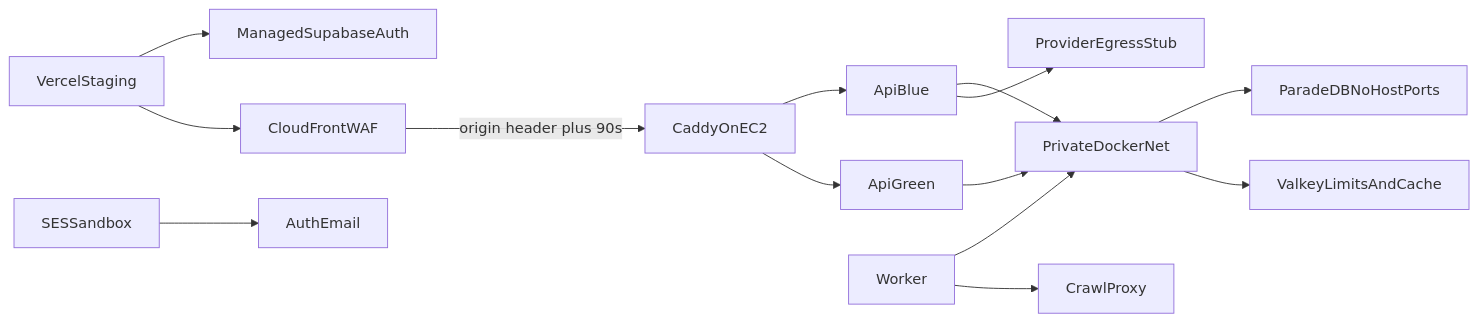
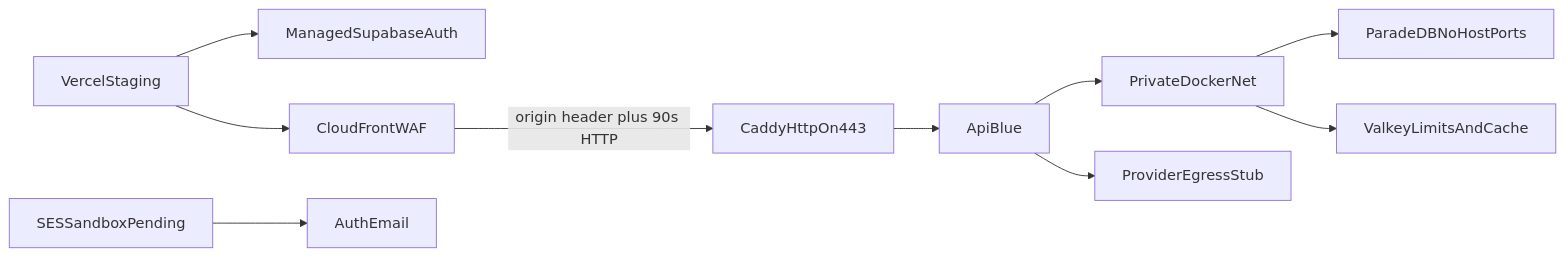
The diagram in docs/deployment/MANAGED_STAGING.md (Nagdy8888/smart-rag), drawn with Mermaid before and after one commit. The commit also changed other lines of this file and 108 other files, not shown here.

````diff
--- a/docs/deployment/MANAGED_STAGING.md
+++ b/docs/deployment/MANAGED_STAGING.md
@@ -89,16 +93,12 @@
 ```mermaid
 flowchart LR
   vercel["VercelStaging"] --> auth["ManagedSupabaseAuth"]
   vercel --> cf["CloudFrontWAF"]
-  cf -->|"origin header plus 90s"| caddy["CaddyOnEC2"]
+  cf -->|"origin header plus 90s HTTP"| caddy["CaddyHttpOn443"]
   caddy --> blue["ApiBlue"]
-  caddy --> green["ApiGreen"]
   blue --> privateNet["PrivateDockerNet"]
-  green --> privateNet
-  worker["Worker"] --> privateNet
   privateNet --> pdb["ParadeDBNoHostPorts"]
   privateNet --> valkey["ValkeyLimitsAndCache"]
-  worker --> crawl["CrawlProxy"]
   blue --> egress["ProviderEgressStub"]
-  ses["SESSandbox"] --> mail["AuthEmail"]
+  ses["SESSandboxPending"] --> mail["AuthEmail"]
 ```
````
